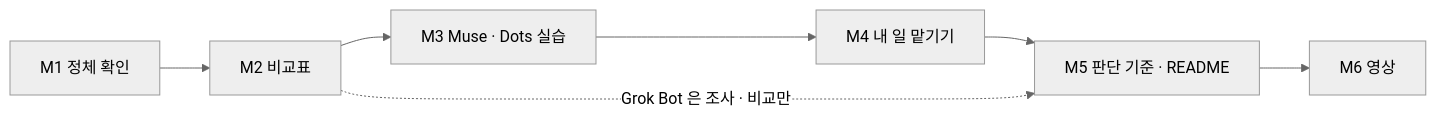
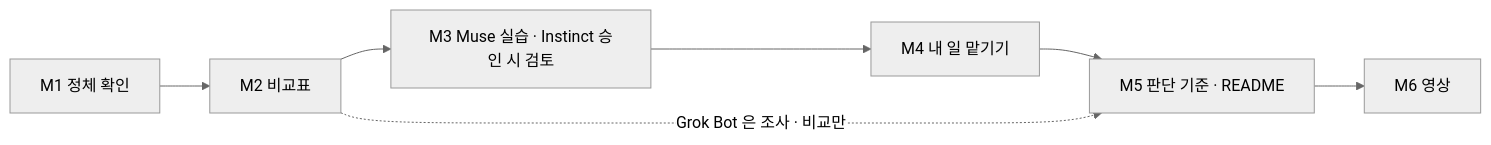
Before and after one commit to solkit70/CatchUpAI_VL: the diagram in Topics/AI-Agent-Apps-Compare/vl_roadmap/20261004_RoadMap_AI-Agent-Apps-Compare.md, drawn with Mermaid (neutral theme). The commit also changed other lines of this file and 86 other files, not shown here.

````diff
--- a/Topics/AI-Agent-Apps-Compare/vl_roadmap/20261004_RoadMap_AI-Agent-Apps-Compare.md
+++ b/Topics/AI-Agent-Apps-Compare/vl_roadmap/20261004_RoadMap_AI-Agent-Apps-Compare.md
@@ -54,9 +70,9 @@
 ```mermaid
 flowchart LR
   M1["M1 정체 확인"] --> M2["M2 비교표"]
-  M2 --> M3["M3 Muse · Dots 실습"]
+  M2 --> M3["M3 Muse 실습 · Instinct 승인 시 검토"]
   M3 --> M4["M4 내 일 맡기기"]
   M4 --> M5["M5 판단 기준 · README"]
   M5 --> M6["M6 영상"]
   M2 -. "Grok Bot 은 조사 · 비교만" .-> M5
 ```
````
